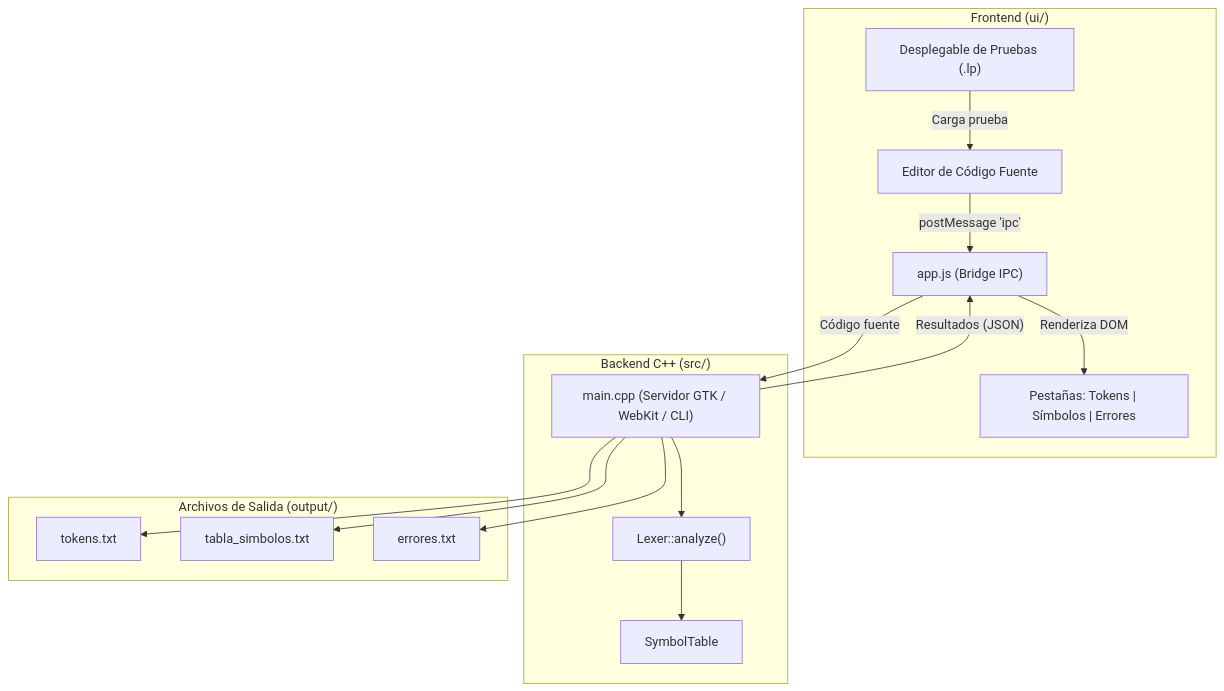
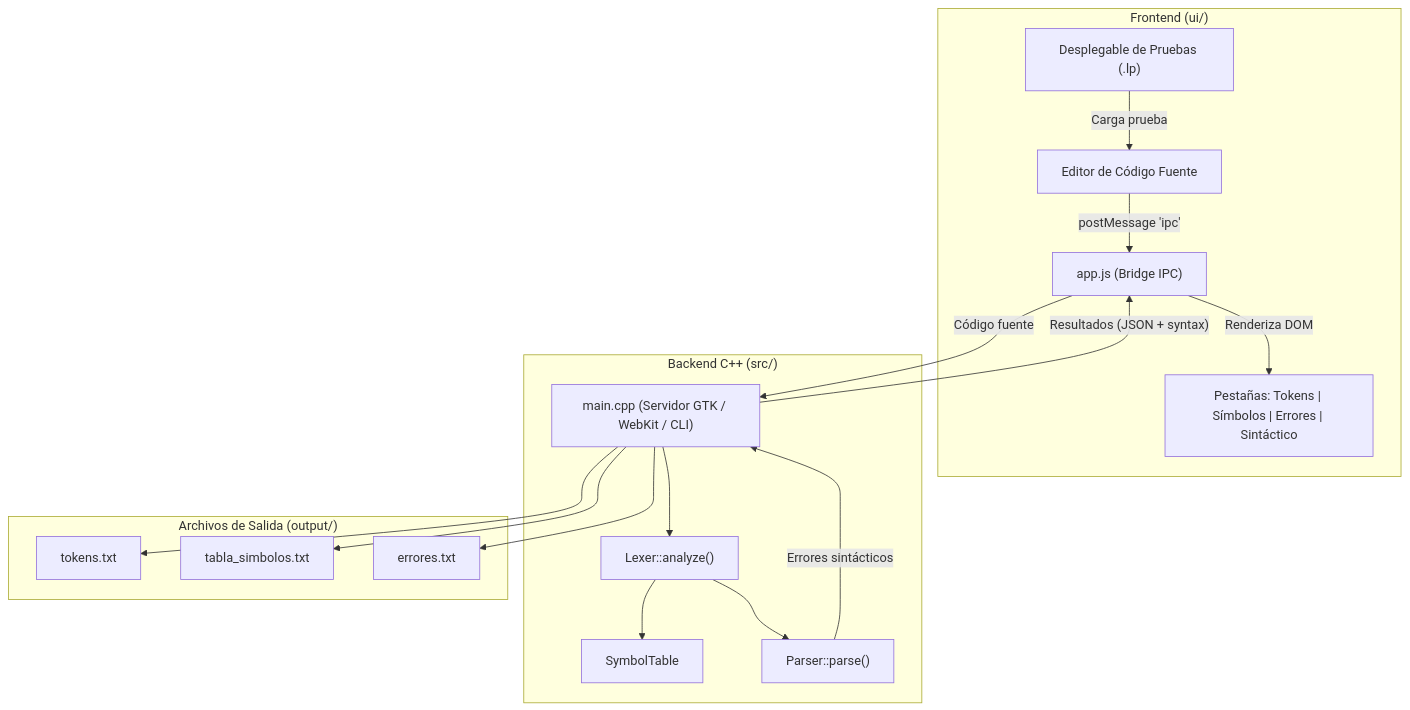
Before and after one commit to ZapanaDiego/Compiladores: the diagram in README.md, drawn with Mermaid. The commit also changed other lines of this file and 31 other files, not shown here.

````diff
--- a/README.md
+++ b/README.md
@@ -89,34 +130,37 @@
 ```mermaid
 flowchart TD
     subgraph UI ["Frontend (ui/)"]
         EDITOR["Editor de Código Fuente"]
         SELECTOR["Desplegable de Pruebas (.lp)"]
-        TABS["Pestañas: Tokens | Símbolos | Errores"]
+        TABS["Pestañas: Tokens | Símbolos | Errores | Sintáctico"]
         JS["app.js (Bridge IPC)"]
         
         SELECTOR -->|Carga prueba| EDITOR
         EDITOR -->|postMessage 'ipc'| JS
         JS -->|Renderiza DOM| TABS
     end
 
     subgraph Backend ["Backend C++ (src/)"]
         MAIN["main.cpp (Servidor GTK / WebKit / CLI)"]
         LEXER["Lexer::analyze()"]
         SYMTABLE["SymbolTable"]
-        
+        PARSER["Parser::parse()"]
+
         MAIN --> LEXER
         LEXER --> SYMTABLE
+        LEXER --> PARSER
     end
 
     subgraph Output ["Archivos de Salida (output/)"]
         TOK["tokens.txt"]
         SYM["tabla_simbolos.txt"]
         ERR["errores.txt"]
     end
 
     JS -- "Código fuente" --> MAIN
-    MAIN -- "Resultados (JSON)" --> JS
+    MAIN -- "Resultados (JSON + syntax)" --> JS
+    PARSER -- "Errores sintácticos" --> MAIN
     MAIN --> TOK
     MAIN --> SYM
     MAIN --> ERR
 ```
````
